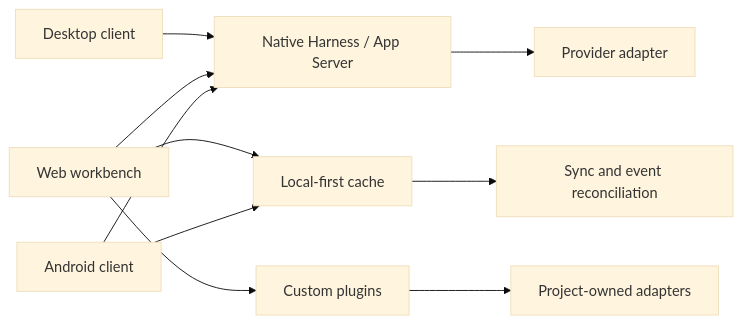
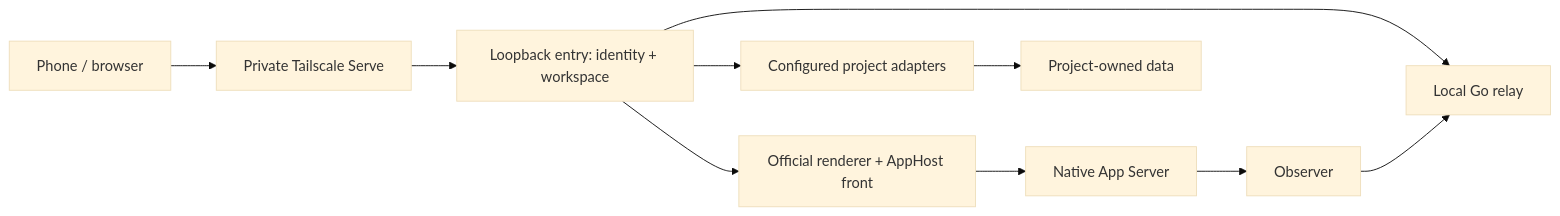
One commit to WhyTan00/better-codex changed the diagram in docs/architecture.md. Above: the diagram before and after it, drawn with Mermaid (base theme). The commit also changed other lines of this file and 311 other files, not shown here.

Commit message:
feat: ship portable Mac host with private Tailscale access

````diff
--- a/docs/architecture.md
+++ b/docs/architecture.md
@@ -6,12 +3,12 @@
 ```mermaid
 flowchart LR
-  D[Desktop client] --> H[Native Harness / App Server]
-  W[Web workbench] --> H
-  M[Android client] --> H
-  H --> P[Provider adapter]
-  W --> L[Local-first cache]
-  M --> L
-  L --> S[Sync and event reconciliation]
-  W --> X[Custom plugins]
-  X --> A[Project-owned adapters]
+  P[Phone / browser] --> T[Private Tailscale Serve]
+  T --> E[Loopback entry: identity + workspace]
+  E --> F[Official renderer + AppHost front]
+  E --> R[Local Go relay]
+  F --> N[Native App Server]
+  N --> O[Observer]
+  O --> R
+  E --> A[Configured project adapters]
+  A --> S[Project-owned data]
 ```
````
